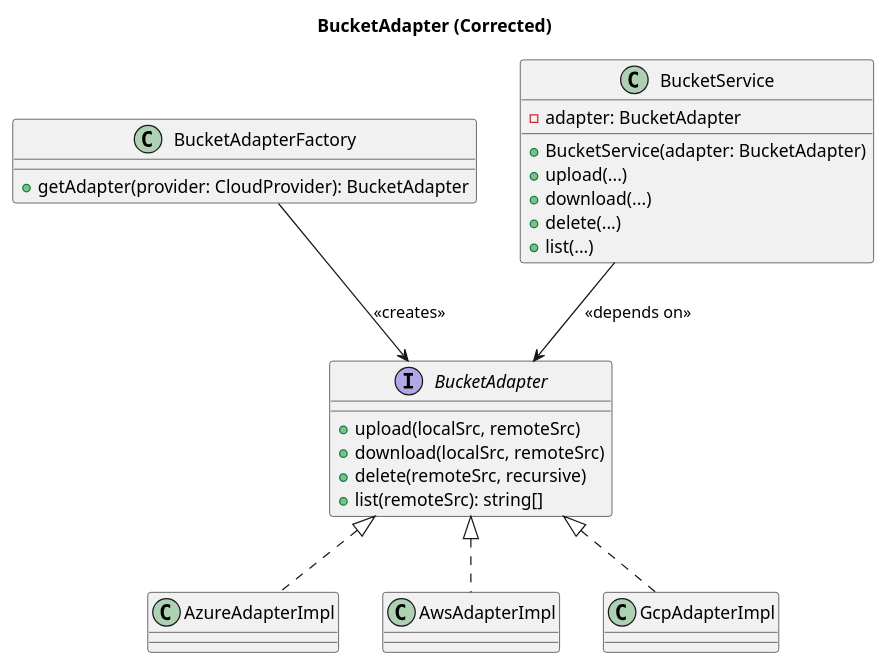
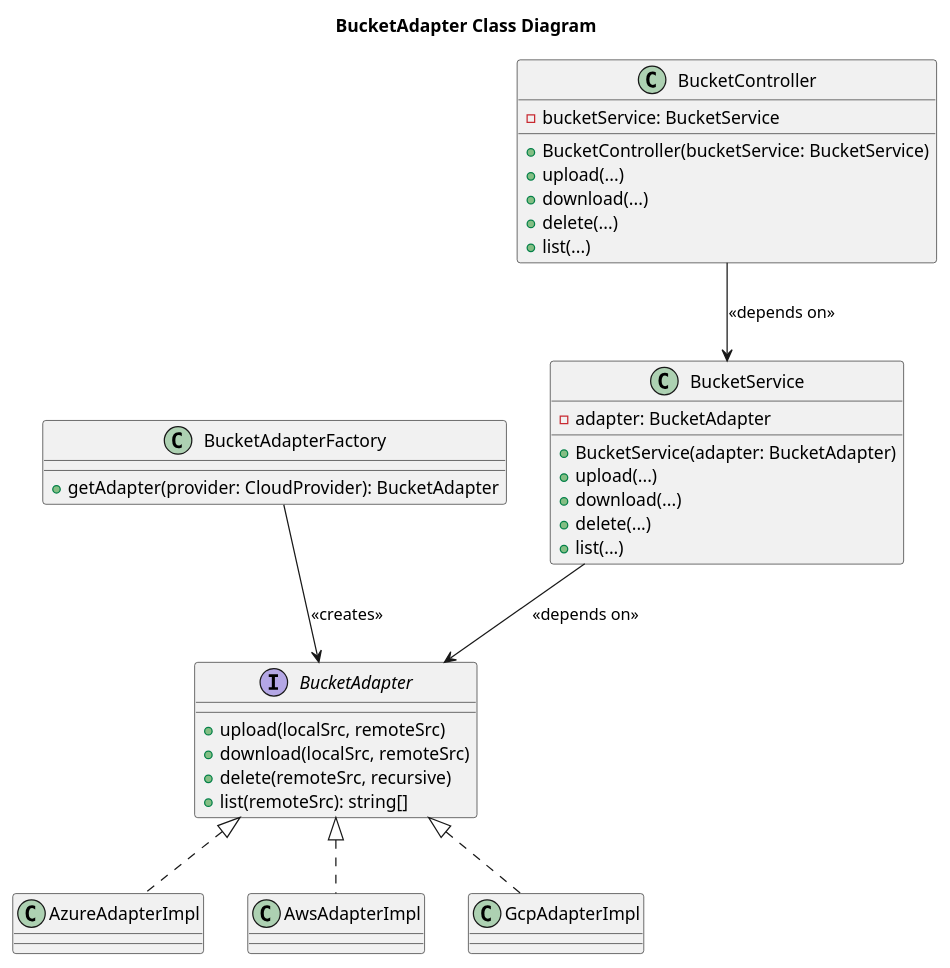
The diagram in docs/class-diagram-v2.puml (dieperid/bucket-adapter), drawn with PlantUML before and after one commit.

Commit message:
docs: updated class diagram -> added BucketController

```diff
--- a/docs/class-diagram-v2.puml
+++ b/docs/class-diagram-v2.puml
@@ -1,34 +1,44 @@
 @startuml
-title BucketAdapter (Corrected)
+title BucketAdapter Class Diagram
 
 interface BucketAdapter {
     + upload(localSrc, remoteSrc)
     + download(localSrc, remoteSrc)
     + delete(remoteSrc, recursive)
     + list(remoteSrc): string[]
 }
 
 class BucketAdapterFactory {
     + getAdapter(provider: CloudProvider): BucketAdapter
 }
 
 class BucketService {
     - adapter: BucketAdapter
     + BucketService(adapter: BucketAdapter)
     + upload(...)
     + download(...)
     + delete(...)
     + list(...)
 }
 
+class BucketController {
+    - bucketService: BucketService
+    + BucketController(bucketService: BucketService)
+    + upload(...)
+    + download(...)
+    + delete(...)
+    + list(...)
+}
+
 class AzureAdapterImpl
 class AwsAdapterImpl
 class GcpAdapterImpl
 
 BucketAdapter <|.. AzureAdapterImpl
 BucketAdapter <|.. AwsAdapterImpl
 BucketAdapter <|.. GcpAdapterImpl
 
 BucketAdapterFactory --> BucketAdapter : <<creates>>
 BucketService --> BucketAdapter : <<depends on>>
+BucketController --> BucketService : <<depends on>>
 @enduml
```
